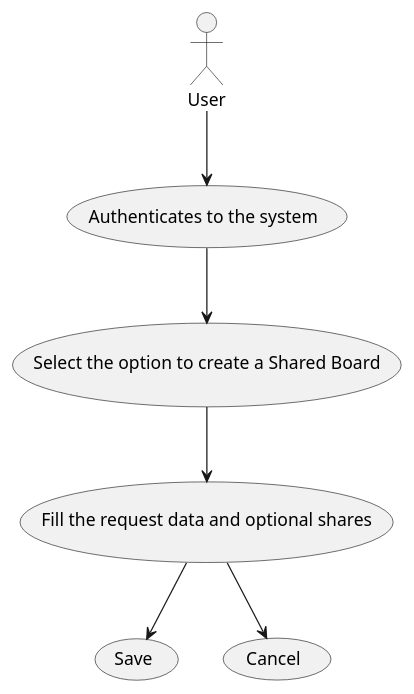
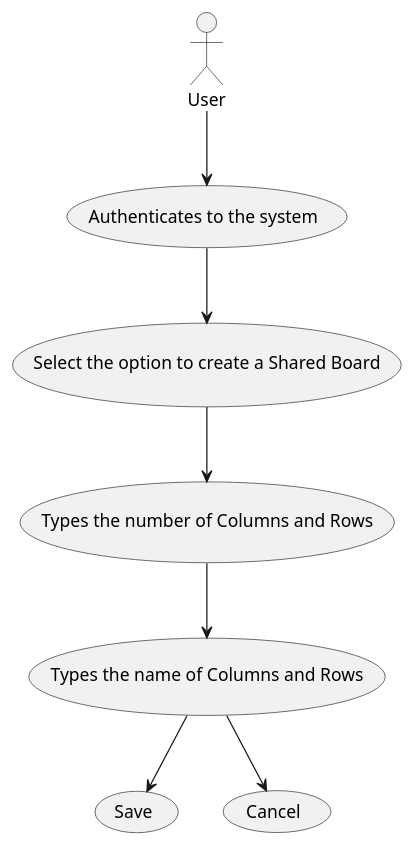
The diagram in docs/SPRINT B/US3002 - Create a Shared Board/Use_Case_Diagram.puml (mascenso/isep-sem4-lapr4), drawn with PlantUML before and after one commit. The commit also changed 4 other files, not shown here.

```diff
--- a/docs/SPRINT B/US3002 - Create a Shared Board/Use_Case_Diagram.puml
+++ b/docs/SPRINT B/US3002 - Create a Shared Board/Use_Case_Diagram.puml
@@ -1,14 +1,14 @@
 @startuml
 'https://plantuml.com/use-case-diagram
 
 
 actor User
     User -down-> (Authenticates to the system)
     (Authenticates to the system) --> (Select the option to create a Shared Board)
-    (Select the option to create a Shared Board) --> (Fill the request data and optional shares)
-
-  (Fill the request data and optional shares) --> (Save)
-  (Fill the request data and optional shares) --> (Cancel)
+    (Select the option to create a Shared Board) --> (Types the number of Columns and Rows)
+    (Types the number of Columns and Rows) --> (Types the name of Columns and Rows)
+  (Types the name of Columns and Rows) --> (Save)
+  (Types the name of Columns and Rows) --> (Cancel)
 
 
 @enduml
```
